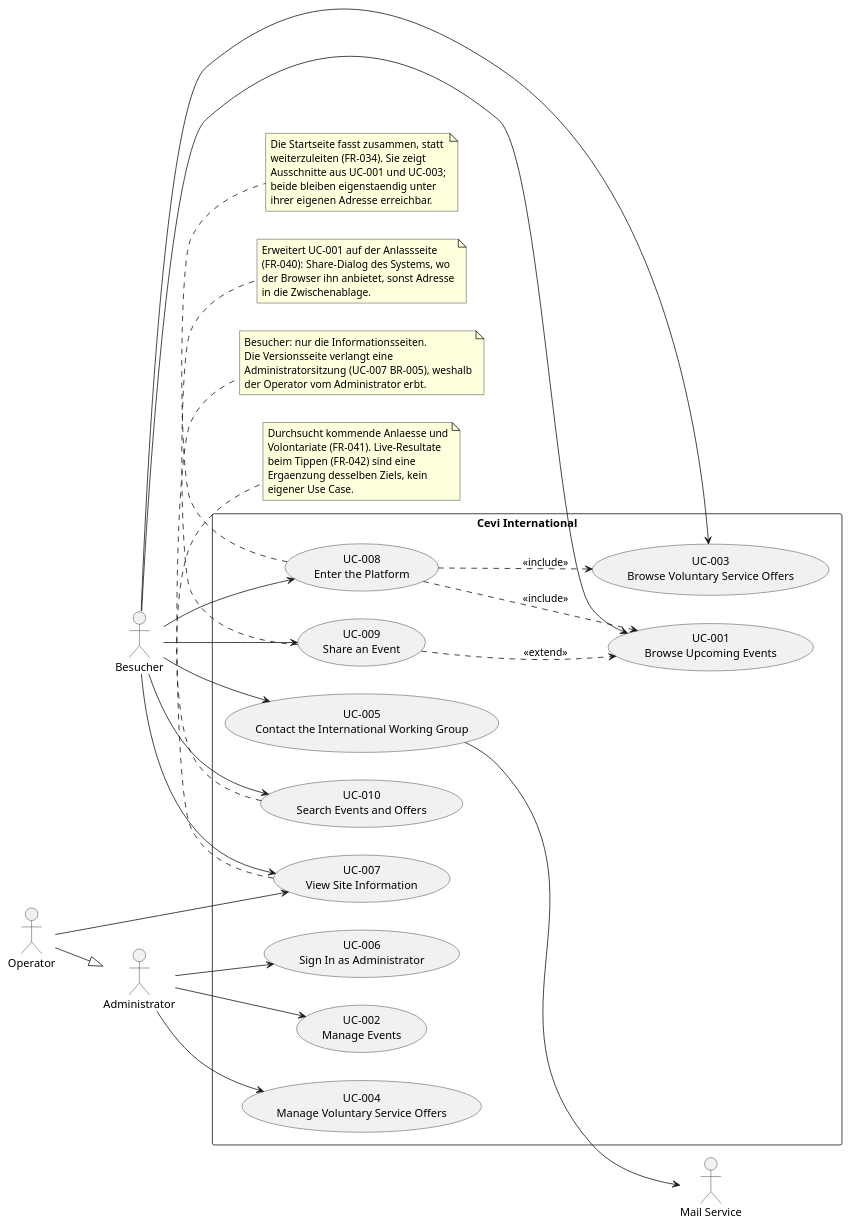
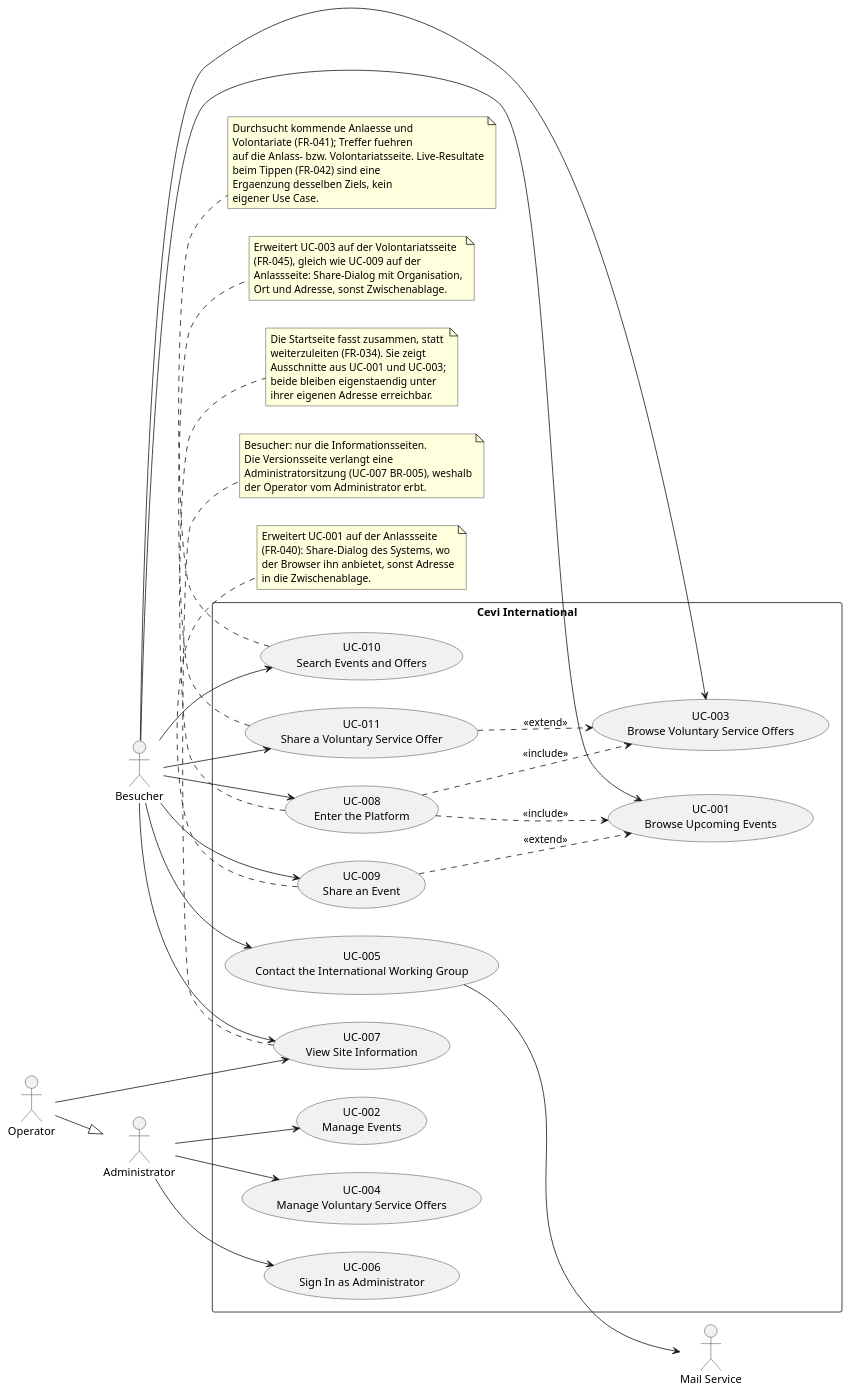
Before and after one commit to CeviFGI/cevi-int: the diagram in docs/use_cases.puml, drawn with PlantUML. The commit also changed 17 other files, not shown here.

First line of the commit message:
Give every voluntary service offer its own page and settle the spec lint (revision 8)

```diff
--- a/docs/use_cases.puml
+++ b/docs/use_cases.puml
@@ -1,74 +1,85 @@
 @startuml Use Cases Overview
 left to right direction
 
 actor "Besucher" as visitor
 actor "Administrator" as admin
 actor "Operator" as operator
 actor "Mail Service" as mail
 
 operator --|> admin
 
 rectangle "Cevi International" {
     usecase "UC-001\nBrowse Upcoming Events" as UC001
     usecase "UC-002\nManage Events" as UC002
     usecase "UC-003\nBrowse Voluntary Service Offers" as UC003
     usecase "UC-004\nManage Voluntary Service Offers" as UC004
     usecase "UC-005\nContact the International Working Group" as UC005
     usecase "UC-006\nSign In as Administrator" as UC006
     usecase "UC-007\nView Site Information" as UC007
     usecase "UC-008\nEnter the Platform" as UC008
     usecase "UC-009\nShare an Event" as UC009
     usecase "UC-010\nSearch Events and Offers" as UC010
+    usecase "UC-011\nShare a Voluntary Service Offer" as UC011
 }
 
 visitor --> UC001
 visitor --> UC003
 visitor --> UC005
 visitor --> UC007
 visitor --> UC008
 visitor --> UC009
 visitor --> UC010
+visitor --> UC011
 
 admin --> UC002
 admin --> UC004
 admin --> UC006
 
 operator --> UC007
 
 UC005 --> mail
 
 UC008 ..> UC001 : <<include>>
 UC008 ..> UC003 : <<include>>
 UC009 ..> UC001 : <<extend>>
+UC011 ..> UC003 : <<extend>>
 
 note bottom of UC007
   Besucher: nur die Informationsseiten.
   Die Versionsseite verlangt eine
   Administratorsitzung (UC-007 BR-005), weshalb
   der Operator vom Administrator erbt.
 end note
 
 note bottom of UC008
   Die Startseite fasst zusammen, statt
   weiterzuleiten (FR-034). Sie zeigt
   Ausschnitte aus UC-001 und UC-003;
   beide bleiben eigenstaendig unter
   ihrer eigenen Adresse erreichbar.
 end note
 
 note bottom of UC009
   Erweitert UC-001 auf der Anlassseite
   (FR-040): Share-Dialog des Systems, wo
   der Browser ihn anbietet, sonst Adresse
   in die Zwischenablage.
 end note
 
 note bottom of UC010
   Durchsucht kommende Anlaesse und
-  Volontariate (FR-041). Live-Resultate
+  Volontariate (FR-041); Treffer fuehren
+  auf die Anlass- bzw. Volontariatsseite. Live-Resultate
   beim Tippen (FR-042) sind eine
   Ergaenzung desselben Ziels, kein
   eigener Use Case.
 end note
 
+note bottom of UC011
+  Erweitert UC-003 auf der Volontariatsseite
+  (FR-045), gleich wie UC-009 auf der
+  Anlassseite: Share-Dialog mit Organisation,
+  Ort und Adresse, sonst Zwischenablage.
+end note
+
 @enduml
```
